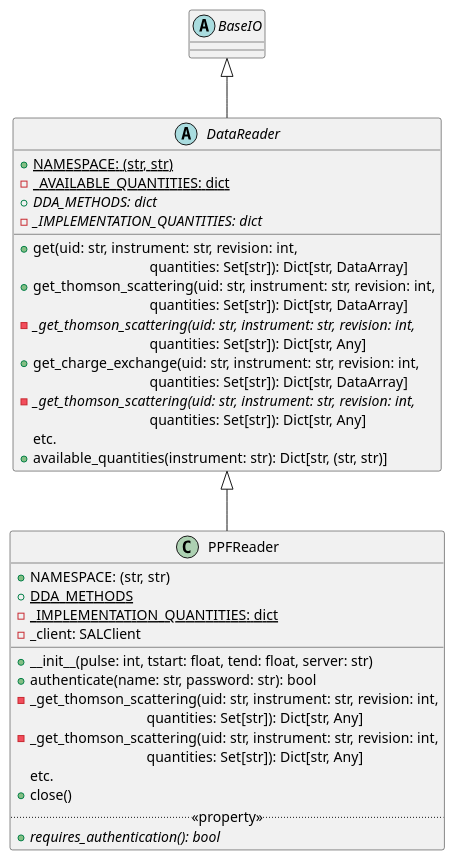
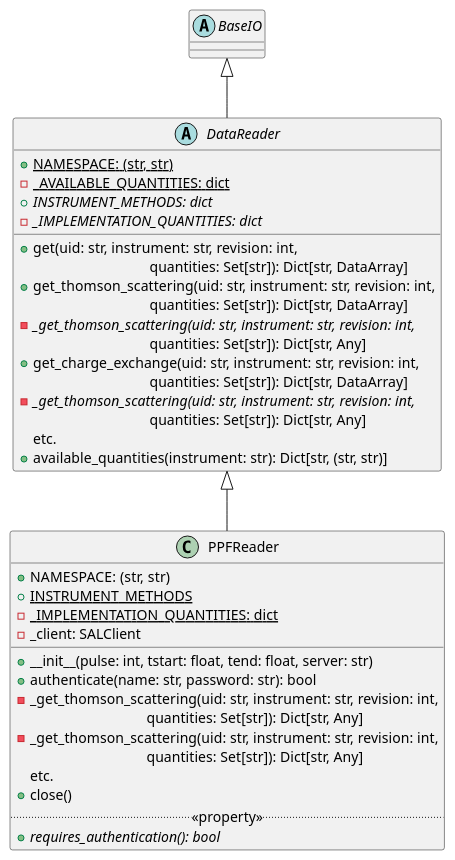
The fourth of 7 diagrams in doc/design.rst (indica-mcf/Indica), drawn with PlantUML before and after one commit. The commit also changed other lines of this file and 4 other files, not shown here.

```diff
--- a/doc/design.rst
+++ b/doc/design.rst
@@ -319,44 +319,44 @@
 .. uml::
 
    abstract class DataReader {
    + {static} NAMESPACE: (str, str)
    - {static} _AVAILABLE_QUANTITIES: dict
-   + {abstract} DDA_METHODS: dict
+   + {abstract} INSTRUMENT_METHODS: dict
    - {abstract} _IMPLEMENTATION_QUANTITIES: dict
    __
    + get(uid: str, instrument: str, revision: int,
                \t\t\t\tquantities: Set[str]): Dict[str, DataArray]
    + get_thomson_scattering(uid: str, instrument: str, revision: int,
                \t\t\t\tquantities: Set[str]): Dict[str, DataArray]
    - {abstract} _get_thomson_scattering(uid: str, instrument: str, revision: int,
                \t\t\t\tquantities: Set[str]): Dict[str, Any]
    + get_charge_exchange(uid: str, instrument: str, revision: int,
                \t\t\t\tquantities: Set[str]): Dict[str, DataArray]
    - {abstract} _get_thomson_scattering(uid: str, instrument: str, revision: int,
                \t\t\t\tquantities: Set[str]): Dict[str, Any]
      etc.
    + available_quantities(instrument: str): Dict[str, (str, str)]
    }
 
    class PPFReader {
    + NAMESPACE: (str, str)
-   + {static} DDA_METHODS
+   + {static} INSTRUMENT_METHODS
    - {static} _IMPLEMENTATION_QUANTITIES: dict
    - _client: SALClient
    __
    + __init__(pulse: int, tstart: float, tend: float, server: str)
    + authenticate(name: str, password: str): bool
    - _get_thomson_scattering(uid: str, instrument: str, revision: int,
                   \t\t\t\tquantities: Set[str]): Dict[str, Any]
    - _get_thomson_scattering(uid: str, instrument: str, revision: int,
                   \t\t\t\tquantities: Set[str]): Dict[str, Any]
      etc.
    + close()
    .. «property» ..
    + {abstract} requires_authentication(): bool
    }
 
    abstract class BaseIO
 
    BaseIO <|-- DataReader
    DataReader <|-- PPFReader
```
